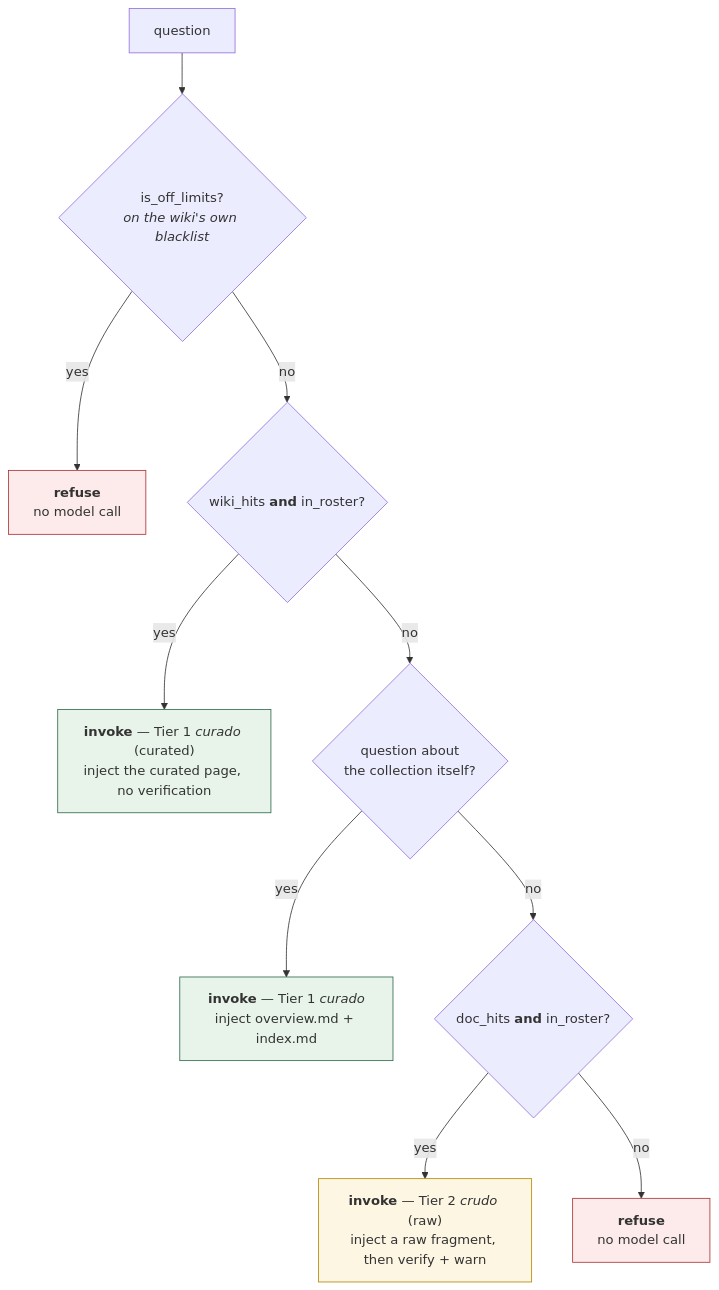
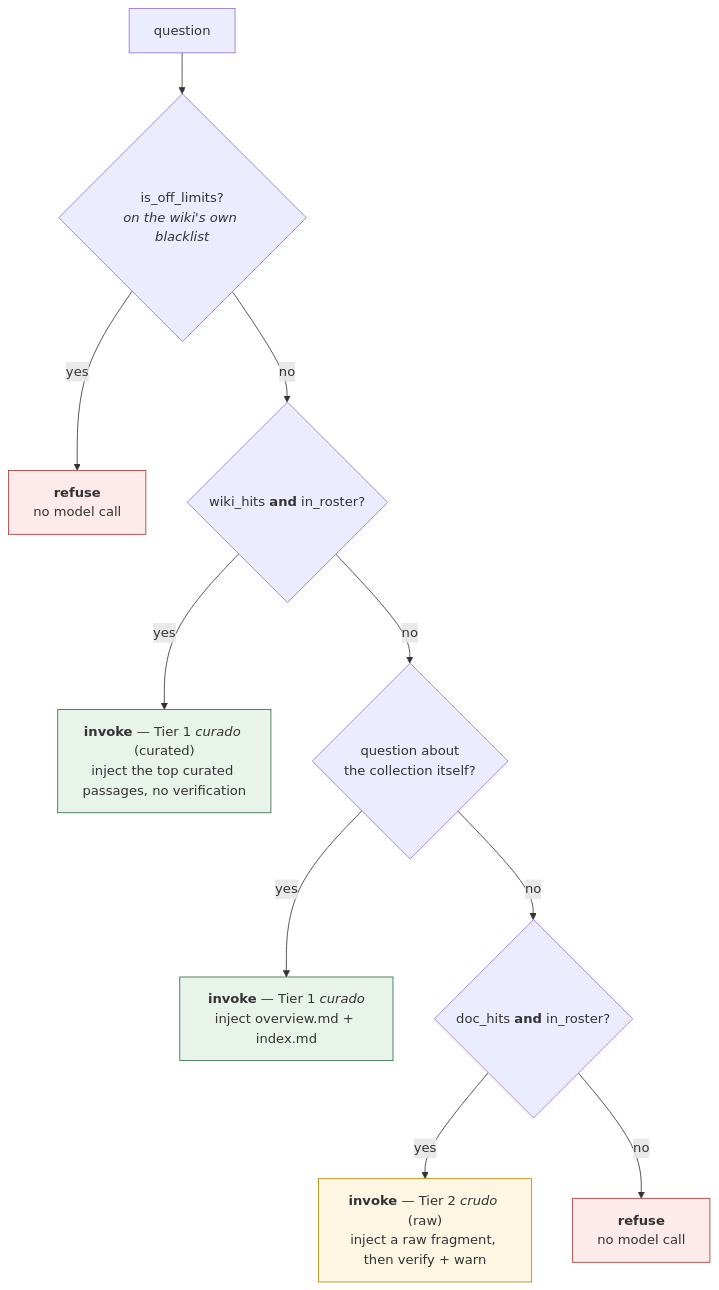
Before and after one commit to Clod/llmwiki-marimo: the second of 4 diagrams in docs/query_walkthrough.md, drawn with Mermaid. The commit also changed other lines of this file and 4 other files, not shown here.

First line of the commit message:
fix(pre-retrieval): label injected passages by page, drop their front-matter

````diff
--- a/docs/query_walkthrough.md
+++ b/docs/query_walkthrough.md
@@ -485,18 +485,18 @@
 ```mermaid
 flowchart TD
     Q["question"] --> OFF{"is_off_limits?<br/><i>on the wiki's own blacklist</i>"}
     OFF -->|yes| R1["<b>refuse</b><br/>no model call"]
     OFF -->|no| T1{"wiki_hits <b>and</b> in_roster?"}
-    T1 -->|yes| TIER1["<b>invoke</b> — Tier 1 <i>curado</i> (curated)<br/>inject the curated page, no verification"]
+    T1 -->|yes| TIER1["<b>invoke</b> — Tier 1 <i>curado</i> (curated)<br/>inject the top curated passages, no verification"]
     T1 -->|no| COL{"question about<br/>the collection itself?"}
     COL -->|yes| TIERC["<b>invoke</b> — Tier 1 <i>curado</i><br/>inject overview.md + index.md"]
     COL -->|no| T2{"doc_hits <b>and</b> in_roster?"}
     T2 -->|yes| TIER2["<b>invoke</b> — Tier 2 <i>crudo</i> (raw)<br/>inject a raw fragment, then verify + warn"]
     T2 -->|no| R2["<b>refuse</b><br/>no model call"]
 
     style R1 fill:#fdeaea,stroke:#a33
     style R2 fill:#fdeaea,stroke:#a33
     style TIER1 fill:#e8f4ea,stroke:#2d6a4f
     style TIERC fill:#e8f4ea,stroke:#2d6a4f
     style TIER2 fill:#fdf6e3,stroke:#b58900
 ```
````
